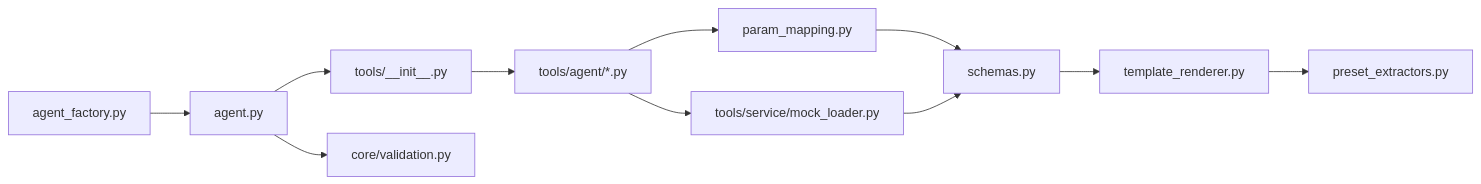
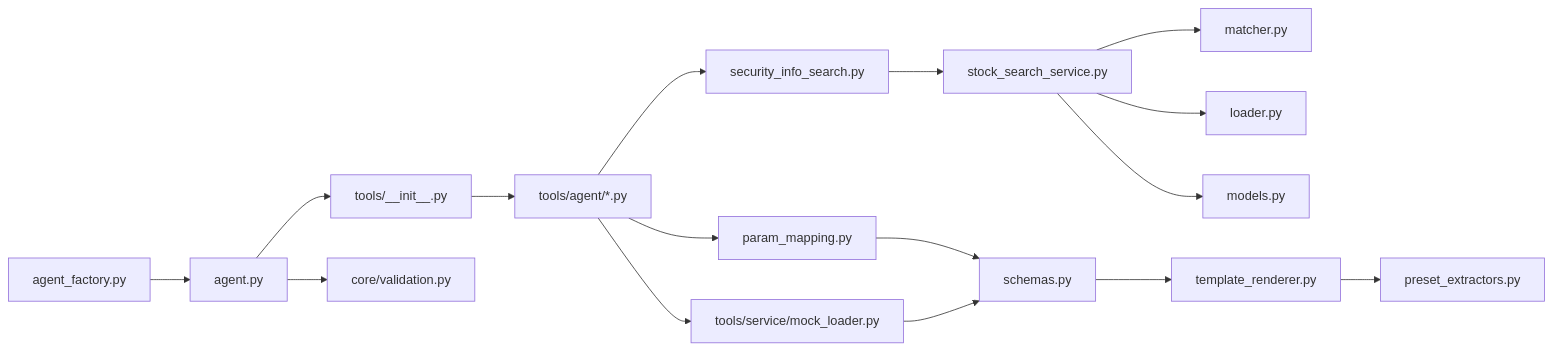
Before and after one commit to YU-JI-KUI/ark-agentic: the eighth of 8 diagrams in repowiki/zh/content/智能体实现/证券智能体/证券智能体.md, drawn with Mermaid. The commit also changed other lines of this file and 6 other files, not shown here.

````diff
--- a/repowiki/zh/content/智能体实现/证券智能体/证券智能体.md
+++ b/repowiki/zh/content/智能体实现/证券智能体/证券智能体.md
@@ -338,13 +982,18 @@
 ```mermaid
 graph LR
 AF["agent_factory.py"] --> AG["agent.py"]
 AG --> TK["tools/__init__.py"]
 TK --> AT["tools/agent/*.py"]
 AT --> PM["param_mapping.py"]
 AT --> SM["tools/service/mock_loader.py"]
+AT --> SI["security_info_search.py"]
+SI --> SS["stock_search_service.py"]
+SS --> MP["matcher.py"]
+SS --> LD["loader.py"]
+SS --> MD["models.py"]
 PM --> SC["schemas.py"]
 SM --> SC
 SC --> TR["template_renderer.py"]
 TR --> AE["preset_extractors.py"]
 AG --> EV["core/validation.py"]
 ```
````
